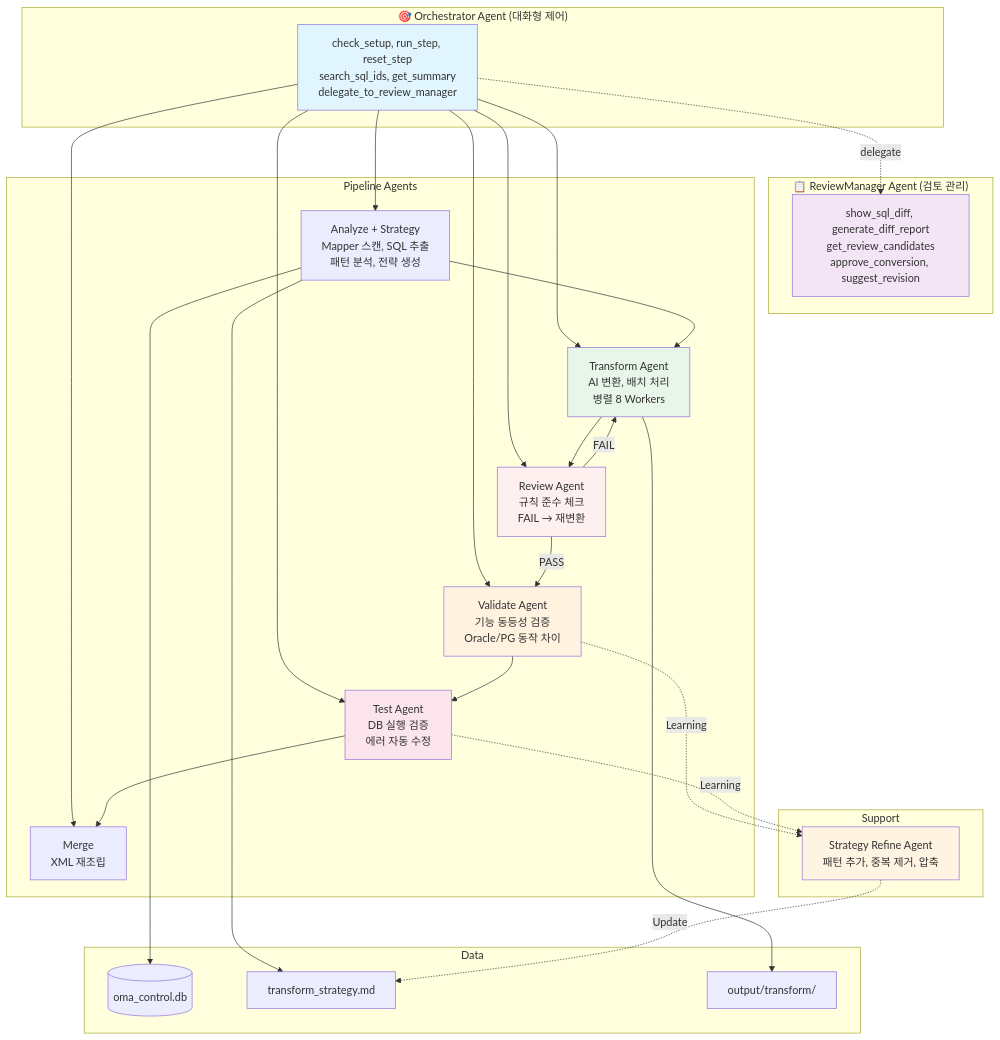
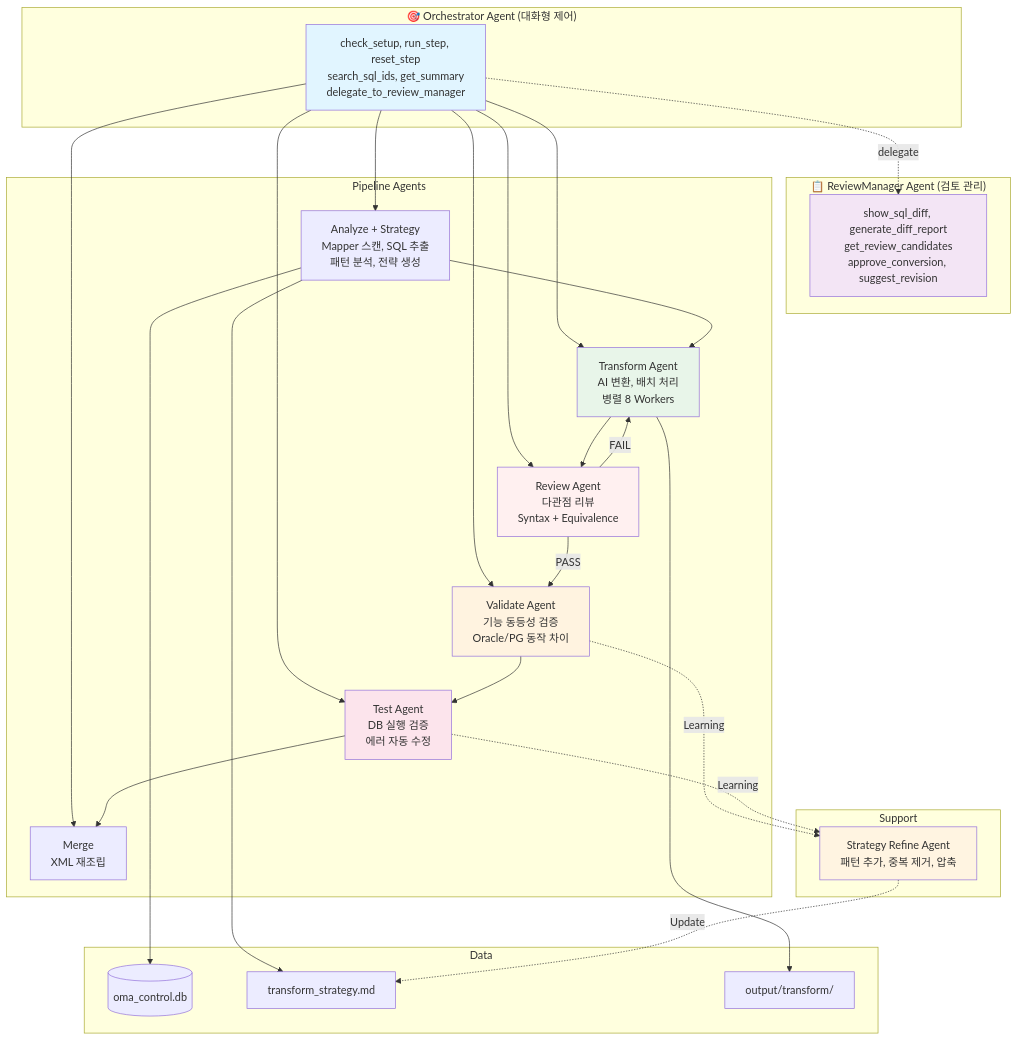
The diagram in docs/SYSTEM_DOCUMENTATION.md (aws-samples/sample-oracle-modernization-agent), drawn with Mermaid before and after one commit. The commit also changed other lines of this file and 19 other files, not shown here.

First line of the commit message:
feat: Add multi-perspective review (Syntax + Equivalence agents parallel)

````diff
--- a/docs/SYSTEM_DOCUMENTATION.md
+++ b/docs/SYSTEM_DOCUMENTATION.md
@@ -42,53 +42,53 @@
 ```mermaid
 graph TB
     subgraph Orchestrator["🎯 Orchestrator Agent (대화형 제어)"]
         ORC[check_setup, run_step, reset_step<br/>search_sql_ids, get_summary<br/>delegate_to_review_manager]
     end
 
     subgraph ReviewMgr["📋 ReviewManager Agent (검토 관리)"]
         RVM[show_sql_diff, generate_diff_report<br/>get_review_candidates<br/>approve_conversion, suggest_revision]
     end
 
     subgraph Pipeline["Pipeline Agents"]
         ANA[Analyze + Strategy<br/>Mapper 스캔, SQL 추출<br/>패턴 분석, 전략 생성]
         TRF[Transform Agent<br/>AI 변환, 배치 처리<br/>병렬 8 Workers]
-        REV[Review Agent<br/>규칙 준수 체크<br/>FAIL → 재변환]
+        REV[Review Agent<br/>다관점 리뷰<br/>Syntax + Equivalence]
         VAL[Validate Agent<br/>기능 동등성 검증<br/>Oracle/PG 동작 차이]
         TST[Test Agent<br/>DB 실행 검증<br/>에러 자동 수정]
         MRG[Merge<br/>XML 재조립]
     end
 
     subgraph Support["Support"]
         SRF[Strategy Refine Agent<br/>패턴 추가, 중복 제거, 압축]
     end
 
     subgraph Storage["Data"]
         DB1[(oma_control.db)]
         STG[transform_strategy.md]
         OUT[output/transform/]
     end
 
     ORC --> ANA & TRF & REV & VAL & TST & MRG
     ORC -.->|delegate| RVM
 
     ANA --> TRF
     TRF --> REV
     REV -->|FAIL| TRF
     REV -->|PASS| VAL
     VAL --> TST
     TST --> MRG
 
     ANA --> DB1 & STG
     TRF --> OUT
     VAL -.->|Learning| SRF
     TST -.->|Learning| SRF
     SRF -.->|Update| STG
 
     style ORC fill:#e1f5ff
     style RVM fill:#f3e5f5
     style REV fill:#fff0f0
     style TRF fill:#e8f5e9
     style VAL fill:#fff3e0
     style TST fill:#fce4ec
     style SRF fill:#fff4e1
 ```
````
